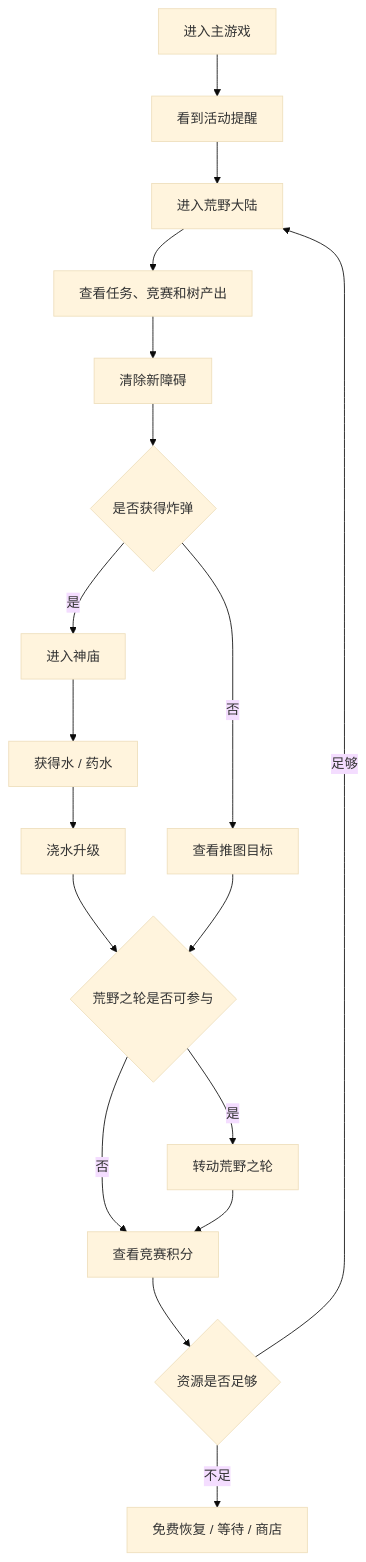
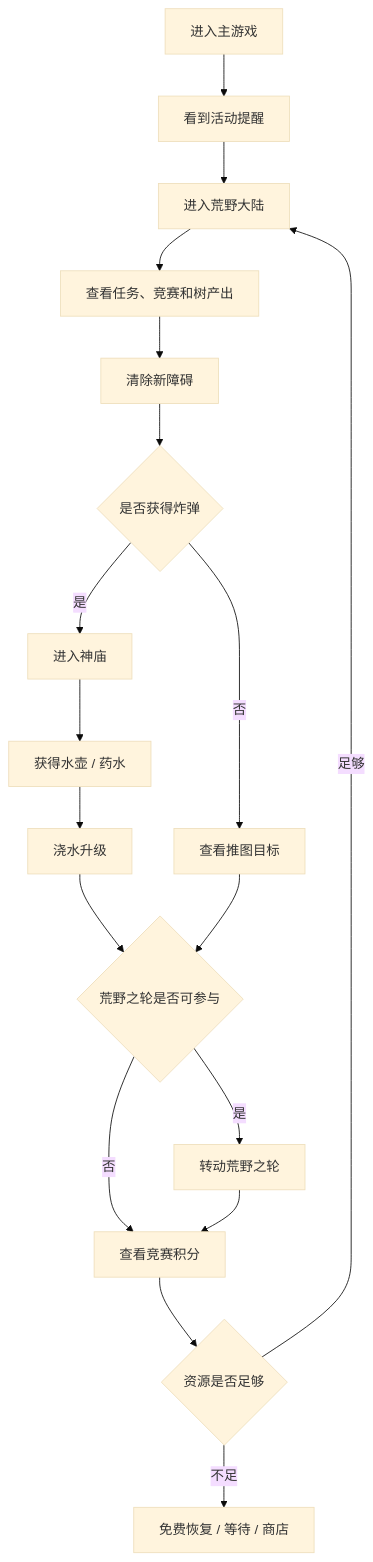
Before and after one commit to fantasticdzw/Coin-Master-Teardown: the sixth of 8 diagrams in wildland-adventure-report.md, drawn with Mermaid (base theme). The commit also changed other lines of this file, not shown here.

````diff
--- a/wildland-adventure-report.md
+++ b/wildland-adventure-report.md
@@ -431,20 +433,20 @@
 ```mermaid
 flowchart TD
     A[进入主游戏] --> B[看到活动提醒]
     B --> C[进入荒野大陆]
     C --> D[查看任务、竞赛和树产出]
     D --> E[清除新障碍]
     E --> F{是否获得炸弹}
     F -->|是| G[进入神庙]
     F -->|否| H[查看推图目标]
-    G --> I[获得水 / 药水]
+    G --> I[获得水壶 / 药水]
     I --> J[浇水升级]
     J --> K{荒野之轮是否可参与}
     K -->|是| WH[转动荒野之轮]
     K -->|否| RC[查看竞赛积分]
     WH --> RC
     H --> K
     RC --> L{资源是否足够}
     L -->|足够| C
     L -->|不足| M[免费恢复 / 等待 / 商店]
 ```
````
